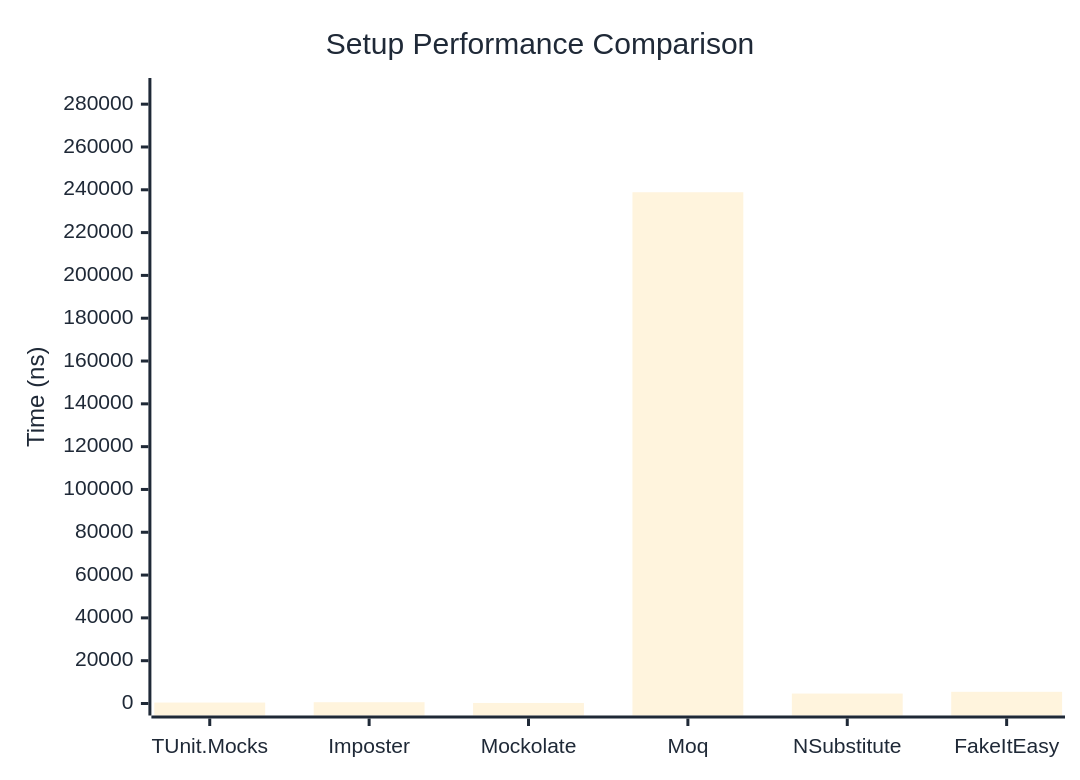
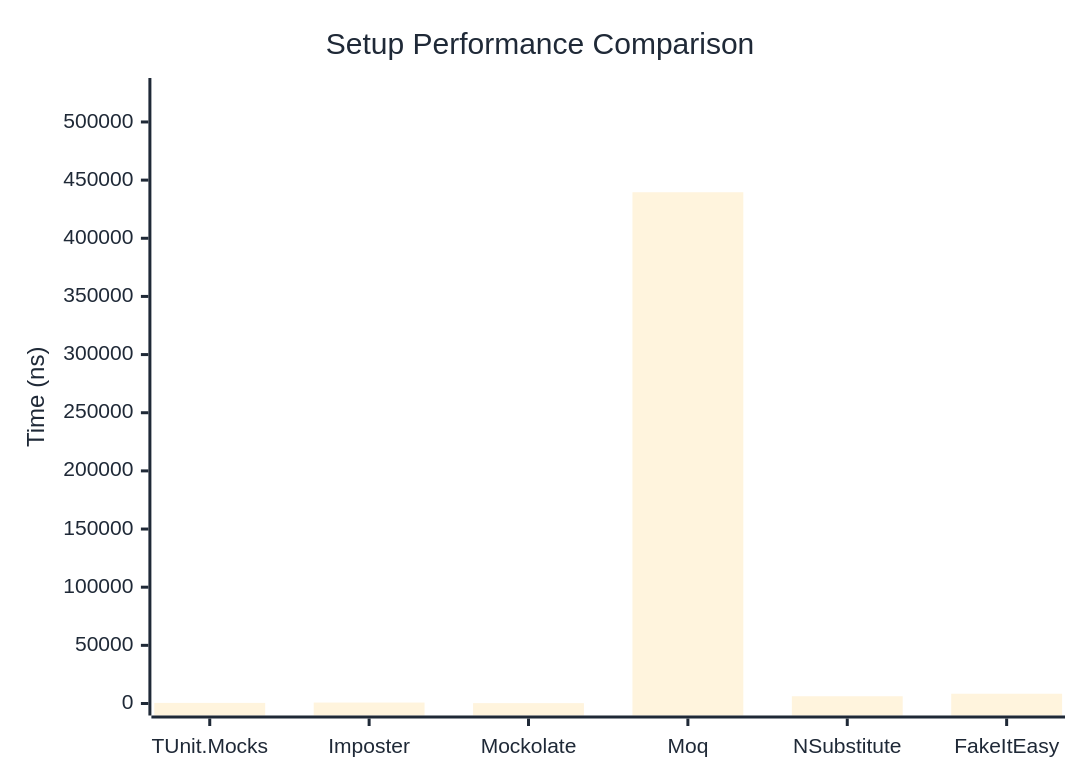
Before and after one commit to thomhurst/TUnit: the first of 2 diagrams in docs/docs/benchmarks/mocks/Setup.md, drawn with Mermaid. The commit also changed other lines of this file and 14 other files, not shown here.

````diff
--- a/docs/docs/benchmarks/mocks/Setup.md
+++ b/docs/docs/benchmarks/mocks/Setup.md
@@ -30,27 +30,27 @@
 ```mermaid
 %%{init: {
   'theme':'base',
   'themeVariables': {
     'primaryColor': '#2563eb',
     'primaryTextColor': '#1f2937',
     'primaryBorderColor': '#1e40af',
     'lineColor': '#6b7280',
     'secondaryColor': '#7c3aed',
     'tertiaryColor': '#dc2626',
     'background': '#ffffff',
     'pie1': '#2563eb',
     'pie2': '#7c3aed',
     'pie3': '#dc2626',
     'pie4': '#f59e0b',
     'pie5': '#10b981',
     'pie6': '#06b6d4',
     'pie7': '#ec4899',
     'pie8': '#6366f1'
   }
 }}%%
 xychart-beta
   title "Setup Performance Comparison"
   x-axis ["TUnit.Mocks", "Imposter", "Mockolate", "Moq", "NSubstitute", "FakeItEasy"]
-  y-axis "Time (ns)" 0 --> 286623
-  bar [433.1, 602.4, 256.5, 238852.1, 4638.9, 5462.4]
+  y-axis "Time (ns)" 0 --> 527480
+  bar [516.1, 806.8, 317, 439566.4, 6233.9, 8406.9]
 ```
````
